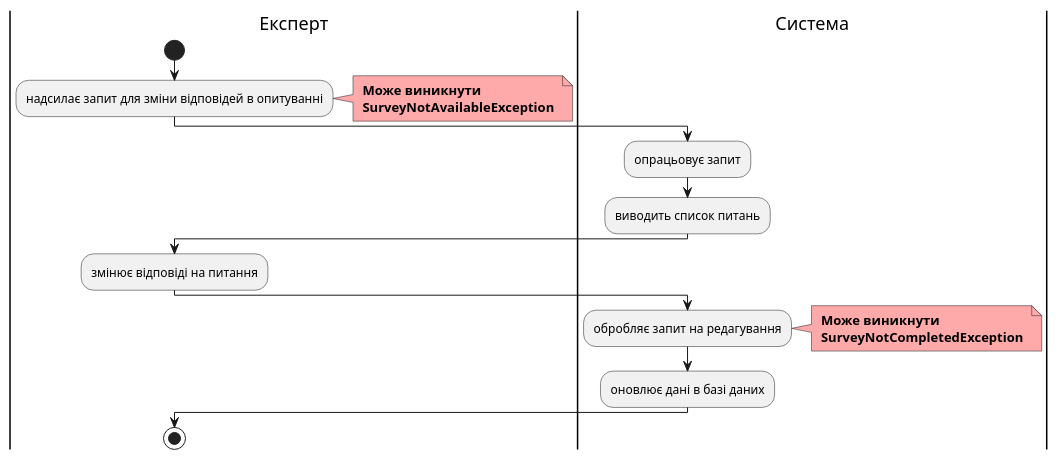
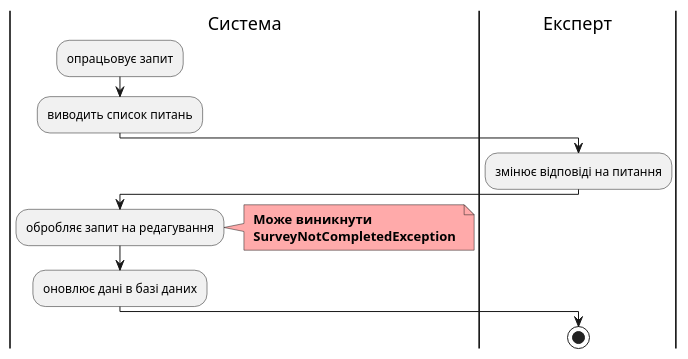
One commit to olehskomorokha/edu-db-cw-group1Lab6Skomoroha changed diagram 12 of 15 in docs/use cases/README.md. Above: the diagram before and after it, drawn with PlantUML. The commit also changed other lines of this file, not shown here.

```diff
--- a/docs/use cases/README.md
+++ b/docs/use cases/README.md
@@ -442,28 +442,21 @@
 @startuml
-    |Експерт| 
-    start; 
-    :надсилає запит для зміни відповідей в опитуванні;
-    note right #ffaaaa 
-    <b> Може виникнути 
-    <b> SurveyNotAvailableException 
-    end note
 
     |Система|
     :опрацьовує запит;
     :виводить список питань;
 
     |Експерт|
     :змінює відповіді на питання;
 
     |Система| 
     :обробляє запит на редагування; 
     note right #ffaaaa 
     <b> Може виникнути 
     <b> SurveyNotCompletedException 
     end note 
     :оновлює дані в базі даних; 
      
     |Експерт| 
     stop;
 
 @enduml
```
